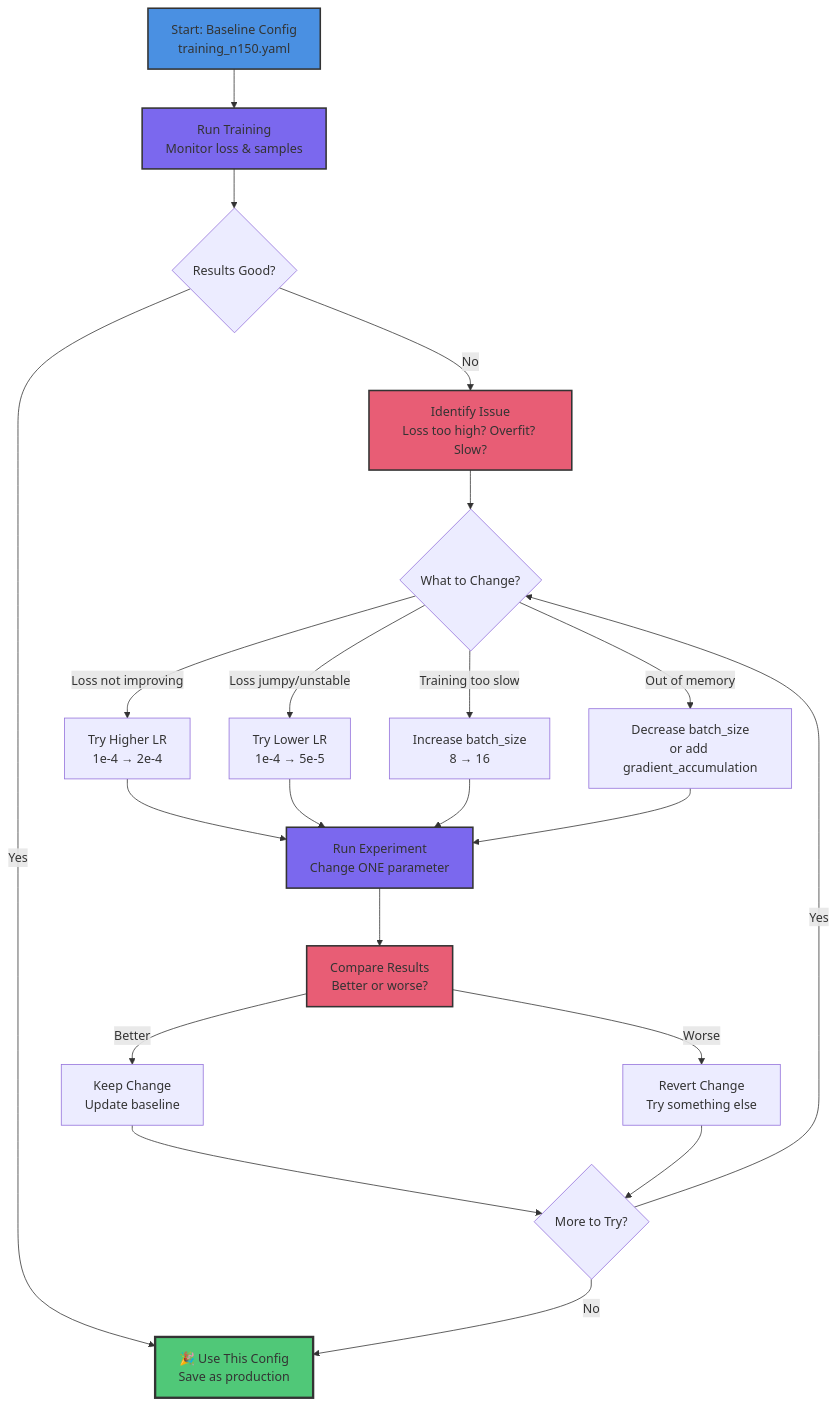
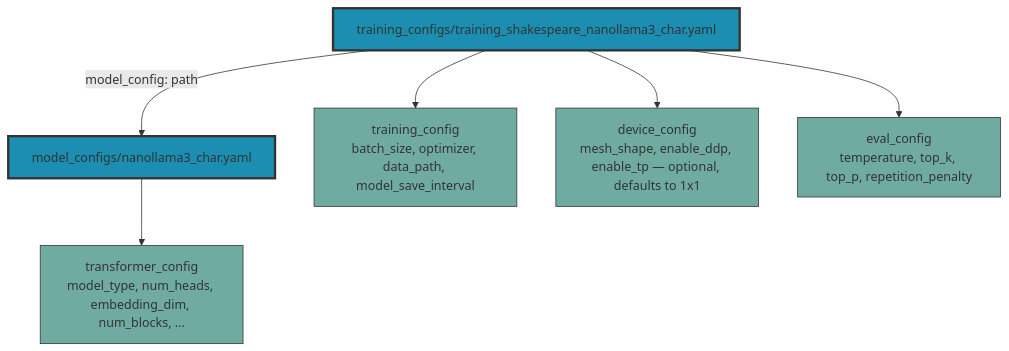
The second of 2 diagrams in content/lessons/ct3-configuration-patterns.md (tenstorrent/tt-vscode-toolkit), drawn with Mermaid before and after one commit. The commit also changed other lines of this file and 39 other files, not shown here.

````diff
--- a/content/lessons/ct3-configuration-patterns.md
+++ b/content/lessons/ct3-configuration-patterns.md
@@ -598,38 +94,15 @@
 ```mermaid
 graph TD
-    A[Start: Baseline Config<br/>training_n150.yaml] --> B[Run Training<br/>Monitor loss & samples]
+    A[training_configs/training_shakespeare_nanollama3_char.yaml] -->|model_config: path| B[model_configs/nanollama3_char.yaml]
+    A --> C[training_config<br/>batch_size, optimizer, data_path, model_save_interval]
+    A --> D[device_config<br/>mesh_shape, enable_ddp, enable_tp — optional, defaults to 1x1]
+    A --> E[eval_config<br/>temperature, top_k, top_p, repetition_penalty]
+    B --> F[transformer_config<br/>model_type, num_heads, embedding_dim, num_blocks, ...]
 
-    B --> C{Results Good?}
-    C -->|Yes| D[🎉 Use This Config<br/>Save as production]
-    C -->|No| E[Identify Issue<br/>Loss too high? Overfit? Slow?]
-
-    E --> F{What to Change?}
-
-    F -->|Loss not improving| G[Try Higher LR<br/>1e-4 → 2e-4]
-    F -->|Loss jumpy/unstable| H[Try Lower LR<br/>1e-4 → 5e-5]
-    F -->|Training too slow| I[Increase batch_size<br/>8 → 16]
-    F -->|Out of memory| J[Decrease batch_size<br/>or add gradient_accumulation]
-
-    G --> K[Run Experiment<br/>Change ONE parameter]
-    H --> K
-    I --> K
-    J --> K
-
-    K --> L[Compare Results<br/>Better or worse?]
-
-    L -->|Better| M[Keep Change<br/>Update baseline]
-    L -->|Worse| N[Revert Change<br/>Try something else]
-
-    M --> O{More to Try?}
-    N --> O
-
-    O -->|Yes| F
-    O -->|No| D
-
-    style A fill:#4A90E2,stroke:#333,stroke-width:2px
-    style B fill:#7B68EE,stroke:#333,stroke-width:2px
-    style D fill:#50C878,stroke:#333,stroke-width:3px
-    style E fill:#E85D75,stroke:#333,stroke-width:2px
-    style K fill:#7B68EE,stroke:#333,stroke-width:2px
-    style L fill:#E85D75,stroke:#333,stroke-width:2px
+    style A fill:#1B8EB1,stroke:#333,stroke-width:3px
+    style B fill:#1B8EB1,stroke:#333,stroke-width:3px
+    style C fill:#6FABA0,stroke:#333,stroke-width:1px
+    style D fill:#6FABA0,stroke:#333,stroke-width:1px
+    style E fill:#6FABA0,stroke:#333,stroke-width:1px
+    style F fill:#6FABA0,stroke:#333,stroke-width:1px
 ```
````
